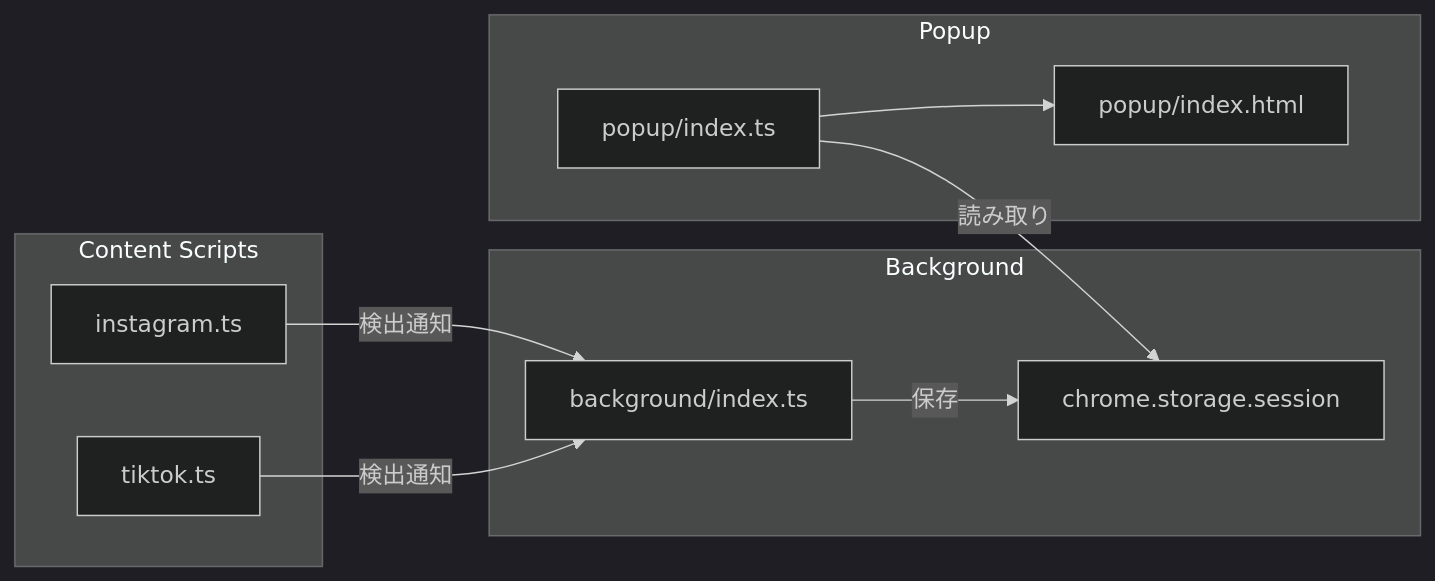
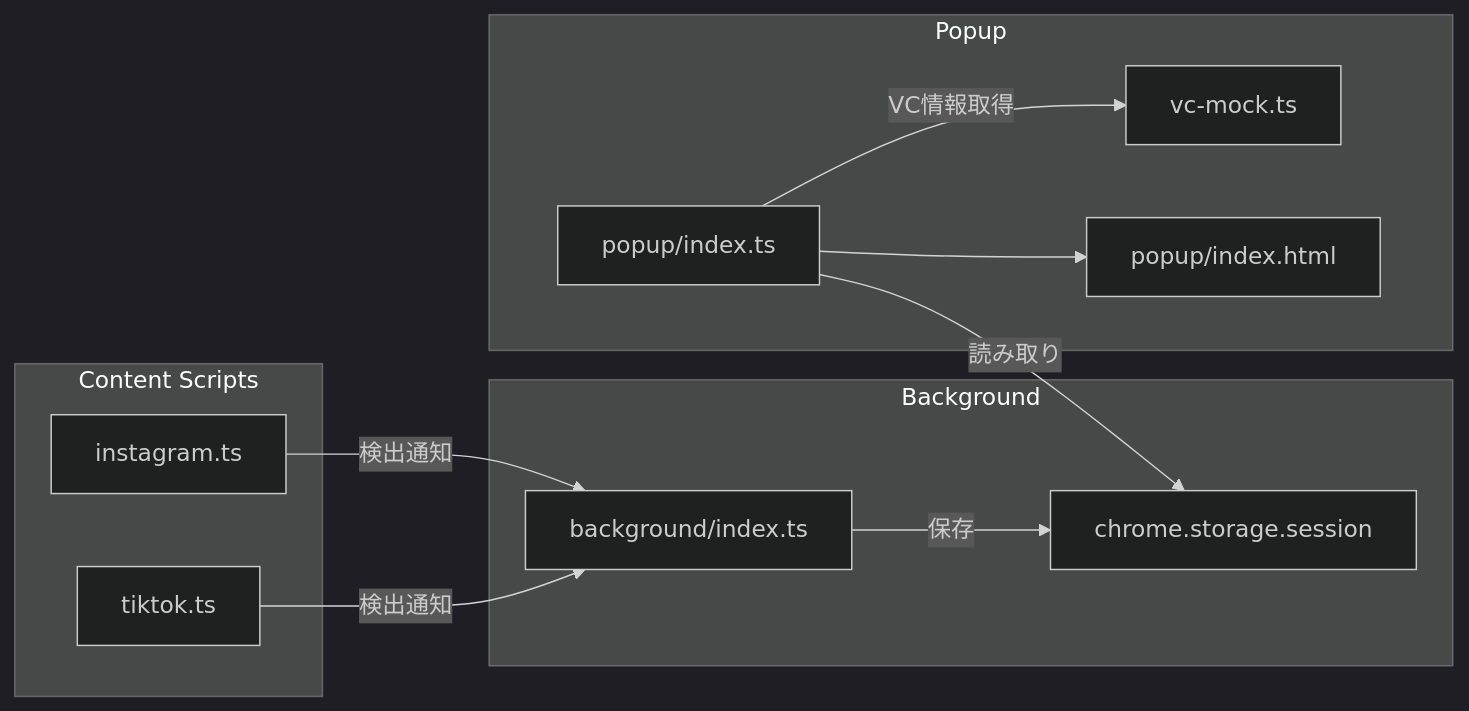
The first of 2 diagrams in .specs/fake-ad-alert-demo/phase-3/design.md (keitasunaga/fake-ad-alert-demo), drawn with Mermaid (dark theme) before and after one commit. The commit also changed other lines of this file and 2 other files, not shown here.

````diff
--- a/.specs/fake-ad-alert-demo/phase-3/design.md
+++ b/.specs/fake-ad-alert-demo/phase-3/design.md
@@ -24,23 +23,25 @@
 ```mermaid
 graph LR
     subgraph Content Scripts
         IG[instagram.ts]
         TT[tiktok.ts]
     end
 
     subgraph Background
         BG[background/index.ts]
         STORE[chrome.storage.session]
     end
 
     subgraph Popup
         PP[popup/index.ts]
+        MOCK[vc-mock.ts]
         UI[popup/index.html]
     end
 
     IG -->|検出通知| BG
     TT -->|検出通知| BG
     BG -->|保存| STORE
     PP -->|読み取り| STORE
+    PP -->|VC情報取得| MOCK
     PP --> UI
 ```
````
